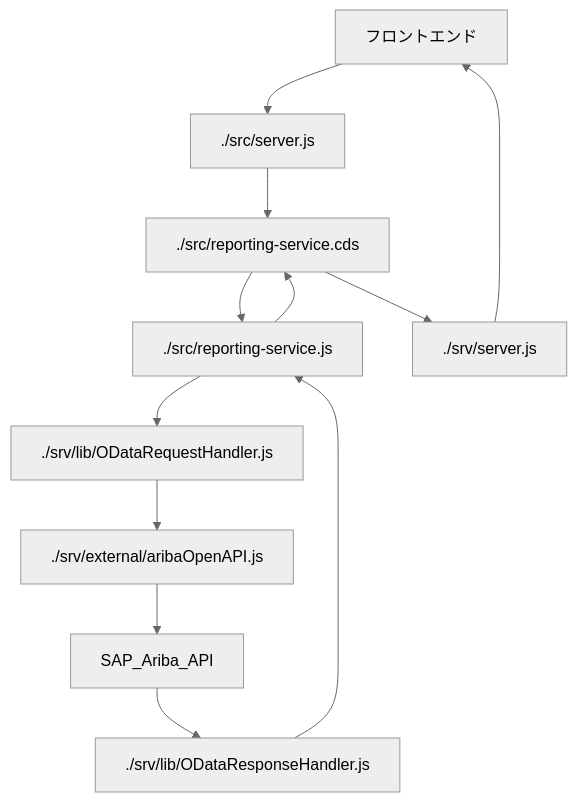
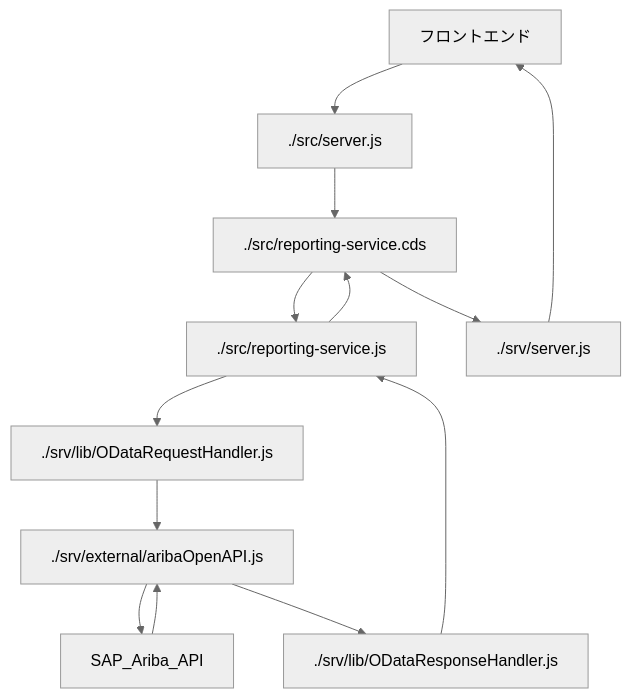
One commit to watwatwhat/ariba_BTPextension_HandsOn changed the diagram in 03_コラム/02_ApplicationLogic.md. Above: the diagram before and after it, drawn with Mermaid (neutral theme).

````diff
--- a/03_コラム/02_ApplicationLogic.md
+++ b/03_コラム/02_ApplicationLogic.md
@@ -34,14 +34,15 @@
 ```mermaid
 graph TD;
     フロントエンド-->./src/server.js;
     ./src/server.js-->./src/reporting-service.cds;
     ./src/reporting-service.cds-->./src/reporting-service.js;
     ./src/reporting-service.js-->./srv/lib/ODataRequestHandler.js
     ./srv/lib/ODataRequestHandler.js-->./srv/external/aribaOpenAPI.js;
     ./srv/external/aribaOpenAPI.js-->SAP_Ariba_API;
-    SAP_Ariba_API-->./srv/lib/ODataResponseHandler.js;
+    SAP_Ariba_API-->./srv/external/aribaOpenAPI.js;
+    ./srv/external/aribaOpenAPI.js-->./srv/lib/ODataResponseHandler.js;
     ./srv/lib/ODataResponseHandler.js-->./src/reporting-service.js;
     ./src/reporting-service.js-->./src/reporting-service.cds;
     ./src/reporting-service.cds-->./srv/server.js;
     ./srv/server.js-->フロントエンド;
 ```
````
